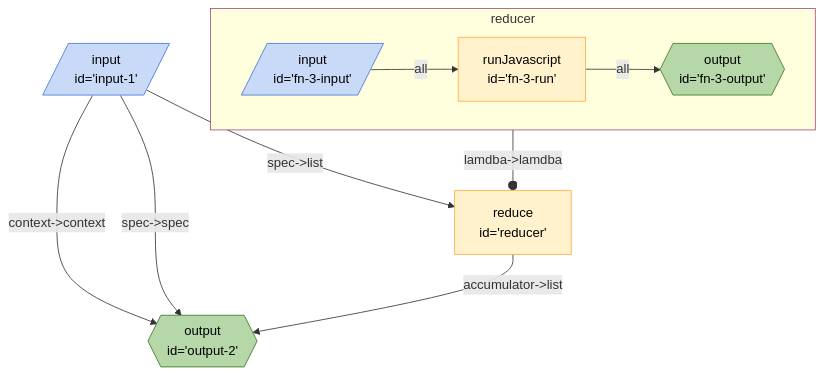
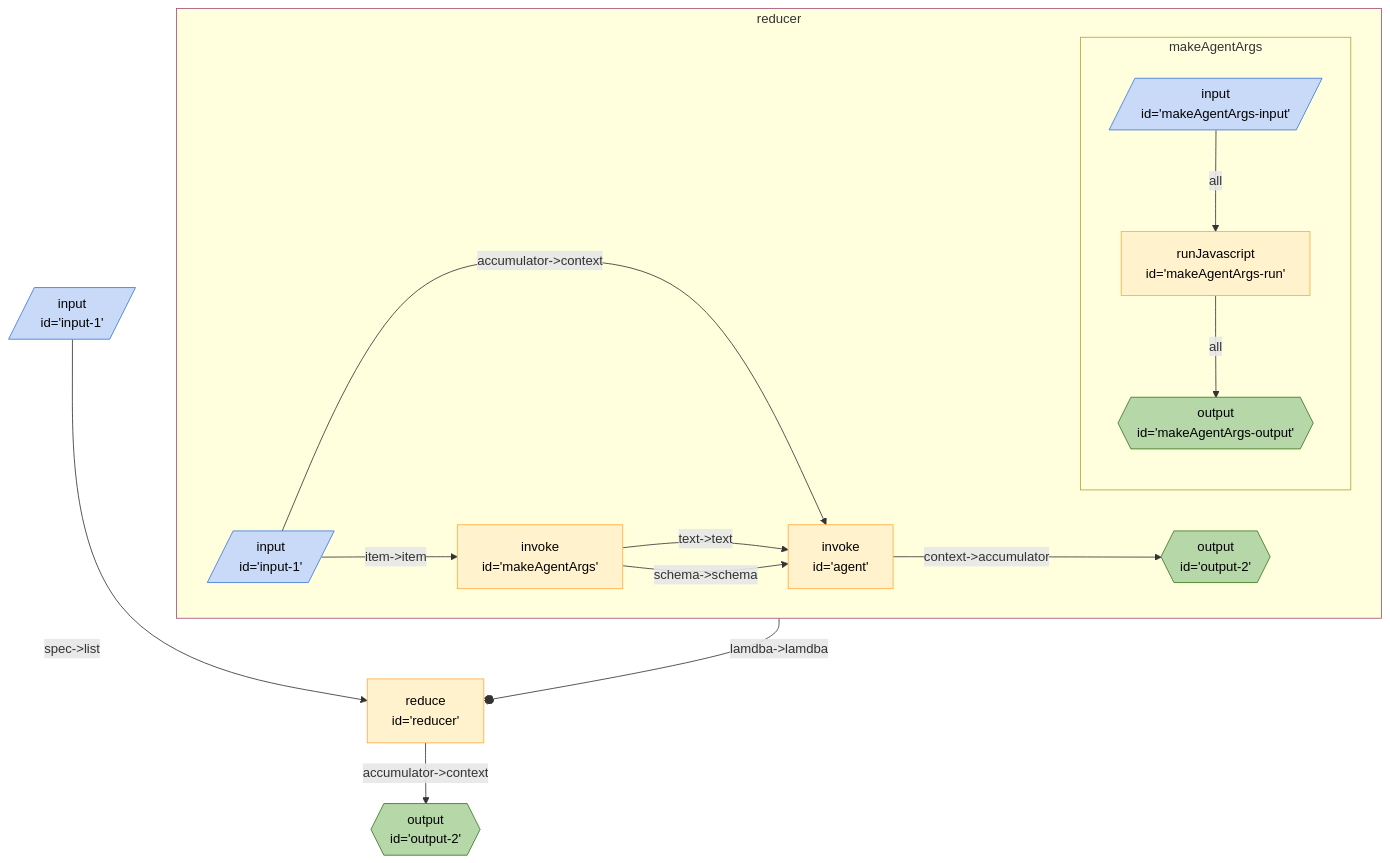
The diagram in packages/breadboard-web/docs/graphs/agent-chain.md (breadboard-ai/breadboard), drawn with Mermaid before and after one commit. The commit also changed 3 other files, not shown here.

Commit message:
Make agent chain actually work.

````diff
--- a/packages/breadboard-web/docs/graphs/agent-chain.md
+++ b/packages/breadboard-web/docs/graphs/agent-chain.md
@@ -3,22 +3,29 @@
 ```mermaid
 %%{init: 'themeVariables': { 'fontFamily': 'Fira Code, monospace' }}%%
 graph TD;
-input1[/"input <br> id='input-1'"/]:::input -- "spec->list" --> reducer["reduce <br> id='reducer'"]
-input1[/"input <br> id='input-1'"/]:::input -- "context->context" --> output2{{"output <br> id='output-2'"}}:::output
-input1[/"input <br> id='input-1'"/]:::input -- "spec->spec" --> output2{{"output <br> id='output-2'"}}:::output
-reducer["reduce <br> id='reducer'"] -- "accumulator->list" --> output2{{"output <br> id='output-2'"}}:::output
+reducer["reduce <br> id='reducer'"] -- "accumulator->context" --> output2{{"output <br> id='output-2'"}}:::output
 subgraph sg_reducer [reducer]
-reducer_fn3input[/"input <br> id='fn-3-input'"/]:::input -- all --> reducer_fn3run["runJavascript <br> id='fn-3-run'"]
-reducer_fn3run["runJavascript <br> id='fn-3-run'"] -- all --> reducer_fn3output{{"output <br> id='fn-3-output'"}}:::output
+reducer_agent["invoke <br> id='agent'"] -- "context->accumulator" --> reducer_output2{{"output <br> id='output-2'"}}:::output
+reducer_input1[/"input <br> id='input-1'"/]:::input -- "item->item" --> reducer_makeAgentArgs["invoke <br> id='makeAgentArgs'"]
+reducer_input1[/"input <br> id='input-1'"/]:::input -- "accumulator->context" --> reducer_agent["invoke <br> id='agent'"]
+reducer_makeAgentArgs["invoke <br> id='makeAgentArgs'"] -- "text->text" --> reducer_agent["invoke <br> id='agent'"]
+reducer_makeAgentArgs["invoke <br> id='makeAgentArgs'"] -- "schema->schema" --> reducer_agent["invoke <br> id='agent'"]
+
+subgraph sg_makeAgentArgs [makeAgentArgs]
+makeAgentArgsreducer_makeAgentArgsinput[/"input <br> id='makeAgentArgs-input'"/]:::input -- all --> makeAgentArgsreducer_makeAgentArgsrun["runJavascript <br> id='makeAgentArgs-run'"]
+makeAgentArgsreducer_makeAgentArgsrun["runJavascript <br> id='makeAgentArgs-run'"] -- all --> makeAgentArgsreducer_makeAgentArgsoutput{{"output <br> id='makeAgentArgs-output'"}}:::output
+end
+
 end
 sg_reducer:::slotted -- "lamdba->lamdba" --o reducer
 
+input1[/"input <br> id='input-1'"/]:::input -- "spec->list" --> reducer["reduce <br> id='reducer'"]
 classDef default stroke:#ffab40,fill:#fff2ccff,color:#000
 classDef input stroke:#3c78d8,fill:#c9daf8ff,color:#000
 classDef output stroke:#38761d,fill:#b6d7a8ff,color:#000
 classDef passthrough stroke:#a64d79,fill:#ead1dcff,color:#000
 classDef slot stroke:#a64d79,fill:#ead1dcff,color:#000
 classDef config stroke:#a64d79,fill:#ead1dcff,color:#000
 classDef secrets stroke:#db4437,fill:#f4cccc,color:#000
 classDef slotted stroke:#a64d79
 ```
````
